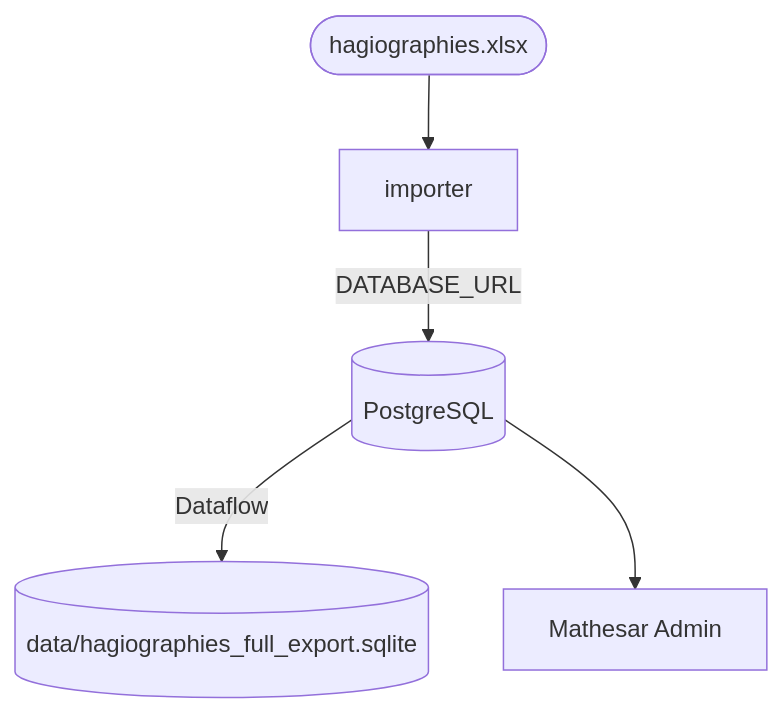
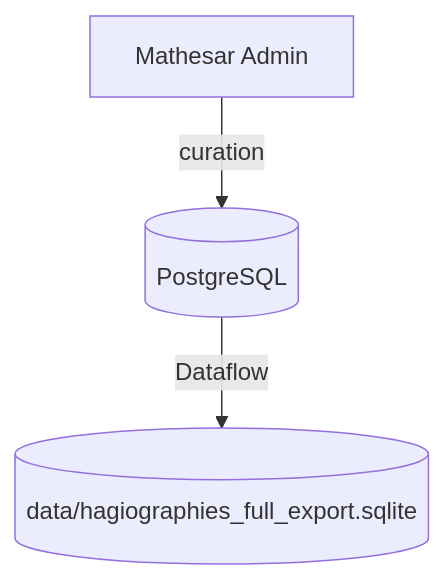
The diagram in POSTGRESQL.md (GhentCDH/Hagiographies), drawn with Mermaid before and after one commit. The commit also changed other lines of this file and 27 other files, not shown here.

First line of the commit message:
chore: remove Excel importer and outdated recipes

````diff
--- a/POSTGRESQL.md
+++ b/POSTGRESQL.md
@@ -40,7 +43,6 @@
 ```mermaid
 graph TD
-    Excel([hagiographies.xlsx]) --> Importer[importer]
-    Importer -->|DATABASE_URL| PG[(PostgreSQL)]
+    PG[(PostgreSQL)]
     PG -->|Dataflow| SQLite[(data/hagiographies_full_export.sqlite)]
-    PG --> Mathesar[Mathesar Admin]
+    Mathesar[Mathesar Admin] -->|curation| PG
 ```
````
